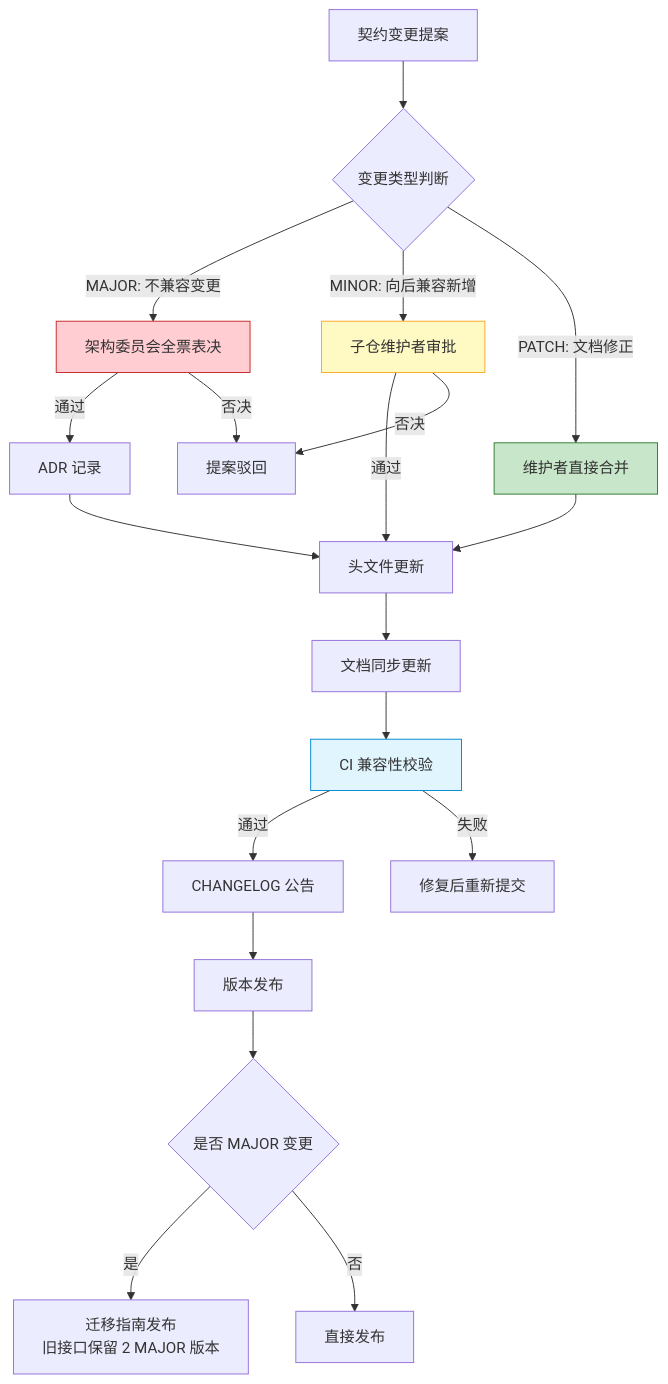
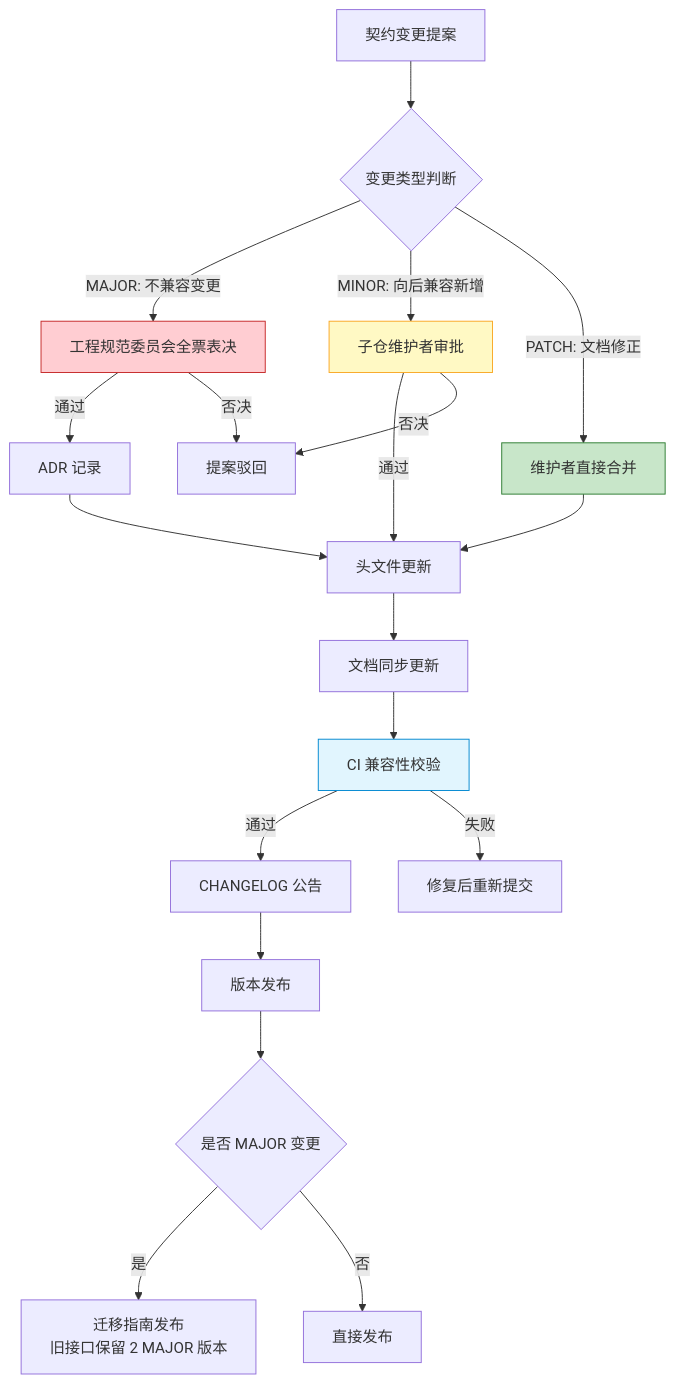
One commit to openairymax/docs changed the second of 2 diagrams in AirymaxOS/50-engineering-standards/20-contracts/README.md. Above: the diagram before and after it, drawn with Mermaid. The commit also changed other lines of this file and 239 other files, not shown here.

````diff
--- a/AirymaxOS/50-engineering-standards/20-contracts/README.md
+++ b/AirymaxOS/50-engineering-standards/20-contracts/README.md
@@ -366,29 +366,29 @@
 ```mermaid
 flowchart TD
     A[契约变更提案] --> B{变更类型判断}
-    B -->|MAJOR: 不兼容变更| C[架构委员会全票表决]
+    B -->|MAJOR: 不兼容变更| C[工程规范委员会全票表决]
     B -->|MINOR: 向后兼容新增| D[子仓维护者审批]
     B -->|PATCH: 文档修正| E[维护者直接合并]
 
     C -->|通过| F[ADR 记录]
     C -->|否决| G[提案驳回]
     D -->|通过| H[头文件更新]
     D -->|否决| G
     E --> H
 
     F --> H
     H --> I[文档同步更新]
     I --> J[CI 兼容性校验]
     J -->|通过| K[CHANGELOG 公告]
     J -->|失败| L[修复后重新提交]
 
     K --> M[版本发布]
     M --> N{是否 MAJOR 变更}
     N -->|是| O[迁移指南发布<br/>旧接口保留 2 MAJOR 版本]
     N -->|否| P[直接发布]
 
     style C fill:#ffcdd2,stroke:#c62828
     style D fill:#fff9c4,stroke:#f9a825
     style E fill:#c8e6c9,stroke:#2e7d32
     style J fill:#e1f5fe,stroke:#0288d1
 ```
````
